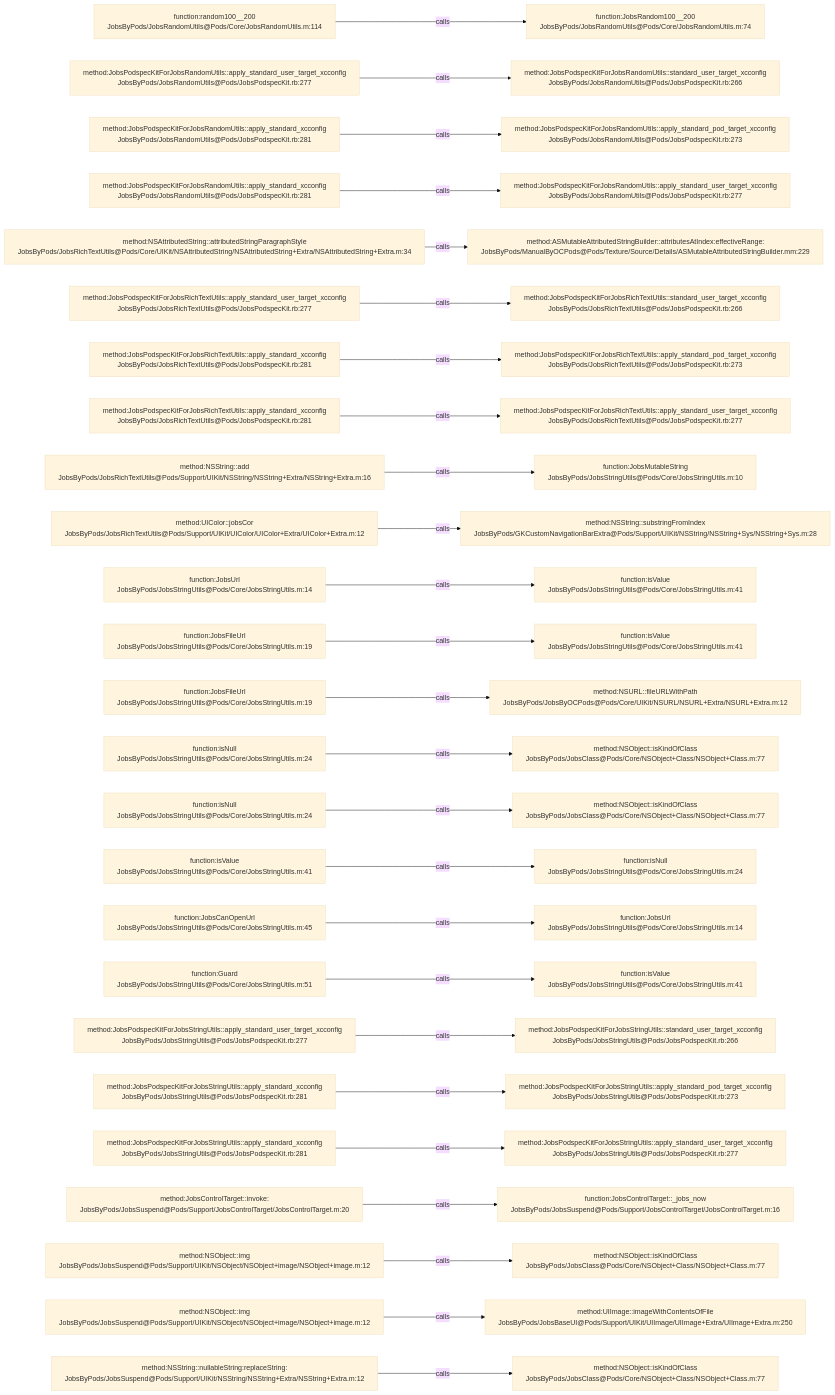
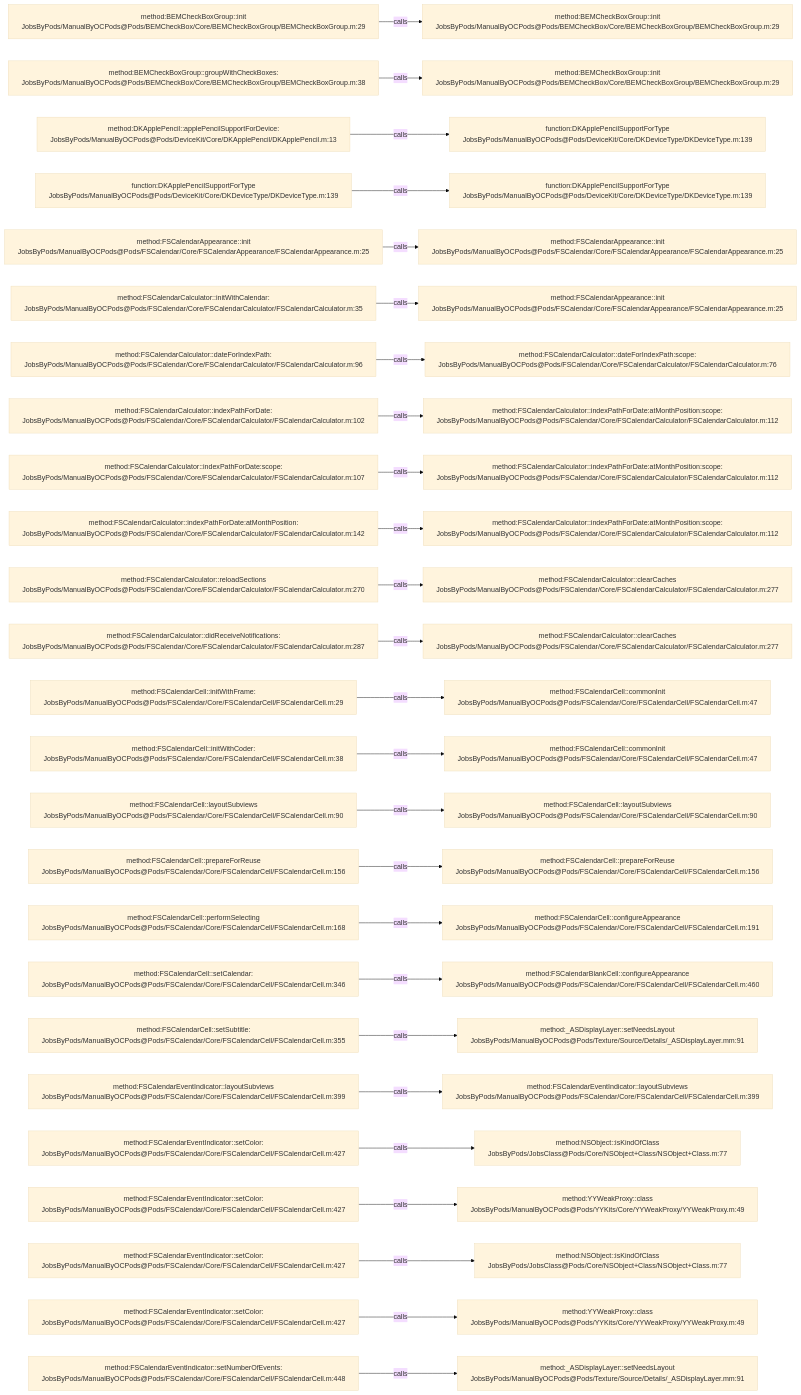
The diagram in .codegraph/codegraph.md/graphs/calls-015.md (JobsKits/JobsOCBaseConfigDemo), drawn with Mermaid (base theme) before and after one commit. The commit also changed 1353 other files, not shown here.

````diff
--- a/.codegraph/codegraph.md/graphs/calls-015.md
+++ b/.codegraph/codegraph.md/graphs/calls-015.md
@@ -13,78 +13,78 @@
 ```mermaid
 flowchart LR
-  S1["function:random100__200<br/>JobsByPods/JobsRandomUtils@Pods/Core/JobsRandomUtils.m:114"]
-  T1["function:JobsRandom100__200<br/>JobsByPods/JobsRandomUtils@Pods/Core/JobsRandomUtils.m:74"]
+  S1["method:BEMCheckBoxGroup::init<br/>JobsByPods/ManualByOCPods@Pods/BEMCheckBox/Core/BEMCheckBoxGroup/BEMCheckBoxGroup.m:29"]
+  T1["method:BEMCheckBoxGroup::init<br/>JobsByPods/ManualByOCPods@Pods/BEMCheckBox/Core/BEMCheckBoxGroup/BEMCheckBoxGroup.m:29"]
   S1 -->|calls| T1
-  S2["method:JobsPodspecKitForJobsRandomUtils::apply_standard_user_target_xcconfig<br/>JobsByPods/JobsRandomUtils@Pods/JobsPodspecKit.rb:277"]
-  T2["method:JobsPodspecKitForJobsRandomUtils::standard_user_target_xcconfig<br/>JobsByPods/JobsRandomUtils@Pods/JobsPodspecKit.rb:266"]
+  S2["method:BEMCheckBoxGroup::groupWithCheckBoxes:<br/>JobsByPods/ManualByOCPods@Pods/BEMCheckBox/Core/BEMCheckBoxGroup/BEMCheckBoxGroup.m:38"]
+  T2["method:BEMCheckBoxGroup::init<br/>JobsByPods/ManualByOCPods@Pods/BEMCheckBox/Core/BEMCheckBoxGroup/BEMCheckBoxGroup.m:29"]
   S2 -->|calls| T2
-  S3["method:JobsPodspecKitForJobsRandomUtils::apply_standard_xcconfig<br/>JobsByPods/JobsRandomUtils@Pods/JobsPodspecKit.rb:281"]
-  T3["method:JobsPodspecKitForJobsRandomUtils::apply_standard_pod_target_xcconfig<br/>JobsByPods/JobsRandomUtils@Pods/JobsPodspecKit.rb:273"]
+  S3["method:DKApplePencil::applePencilSupportForDevice:<br/>JobsByPods/ManualByOCPods@Pods/DeviceKit/Core/DKApplePencil/DKApplePencil.m:13"]
+  T3["function:DKApplePencilSupportForType<br/>JobsByPods/ManualByOCPods@Pods/DeviceKit/Core/DKDeviceType/DKDeviceType.m:139"]
   S3 -->|calls| T3
-  S4["method:JobsPodspecKitForJobsRandomUtils::apply_standard_xcconfig<br/>JobsByPods/JobsRandomUtils@Pods/JobsPodspecKit.rb:281"]
-  T4["method:JobsPodspecKitForJobsRandomUtils::apply_standard_user_target_xcconfig<br/>JobsByPods/JobsRandomUtils@Pods/JobsPodspecKit.rb:277"]
+  S4["function:DKApplePencilSupportForType<br/>JobsByPods/ManualByOCPods@Pods/DeviceKit/Core/DKDeviceType/DKDeviceType.m:139"]
+  T4["function:DKApplePencilSupportForType<br/>JobsByPods/ManualByOCPods@Pods/DeviceKit/Core/DKDeviceType/DKDeviceType.m:139"]
   S4 -->|calls| T4
-  S5["method:NSAttributedString::attributedStringParagraphStyle<br/>JobsByPods/JobsRichTextUtils@Pods/Core/UIKit/NSAttributedString/NSAttributedString+Extra/NSAttributedString+Extra.m:34"]
-  T5["method:ASMutableAttributedStringBuilder::attributesAtIndex:effectiveRange:<br/>JobsByPods/ManualByOCPods@Pods/Texture/Source/Details/ASMutableAttributedStringBuilder.mm:229"]
+  S5["method:FSCalendarAppearance::init<br/>JobsByPods/ManualByOCPods@Pods/FSCalendar/Core/FSCalendarAppearance/FSCalendarAppearance.m:25"]
+  T5["method:FSCalendarAppearance::init<br/>JobsByPods/ManualByOCPods@Pods/FSCalendar/Core/FSCalendarAppearance/FSCalendarAppearance.m:25"]
   S5 -->|calls| T5
-  S6["method:JobsPodspecKitForJobsRichTextUtils::apply_standard_user_target_xcconfig<br/>JobsByPods/JobsRichTextUtils@Pods/JobsPodspecKit.rb:277"]
-  T6["method:JobsPodspecKitForJobsRichTextUtils::standard_user_target_xcconfig<br/>JobsByPods/JobsRichTextUtils@Pods/JobsPodspecKit.rb:266"]
+  S6["method:FSCalendarCalculator::initWithCalendar:<br/>JobsByPods/ManualByOCPods@Pods/FSCalendar/Core/FSCalendarCalculator/FSCalendarCalculator.m:35"]
+  T6["method:FSCalendarAppearance::init<br/>JobsByPods/ManualByOCPods@Pods/FSCalendar/Core/FSCalendarAppearance/FSCalendarAppearance.m:25"]
   S6 -->|calls| T6
-  S7["method:JobsPodspecKitForJobsRichTextUtils::apply_standard_xcconfig<br/>JobsByPods/JobsRichTextUtils@Pods/JobsPodspecKit.rb:281"]
-  T7["method:JobsPodspecKitForJobsRichTextUtils::apply_standard_pod_target_xcconfig<br/>JobsByPods/JobsRichTextUtils@Pods/JobsPodspecKit.rb:273"]
+  S7["method:FSCalendarCalculator::dateForIndexPath:<br/>JobsByPods/ManualByOCPods@Pods/FSCalendar/Core/FSCalendarCalculator/FSCalendarCalculator.m:96"]
+  T7["method:FSCalendarCalculator::dateForIndexPath:scope:<br/>JobsByPods/ManualByOCPods@Pods/FSCalendar/Core/FSCalendarCalculator/FSCalendarCalculator.m:76"]
   S7 -->|calls| T7
-  S8["method:JobsPodspecKitForJobsRichTextUtils::apply_standard_xcconfig<br/>JobsByPods/JobsRichTextUtils@Pods/JobsPodspecKit.rb:281"]
-  T8["method:JobsPodspecKitForJobsRichTextUtils::apply_standard_user_target_xcconfig<br/>JobsByPods/JobsRichTextUtils@Pods/JobsPodspecKit.rb:277"]
+  S8["method:FSCalendarCalculator::indexPathForDate:<br/>JobsByPods/ManualByOCPods@Pods/FSCalendar/Core/FSCalendarCalculator/FSCalendarCalculator.m:102"]
+  T8["method:FSCalendarCalculator::indexPathForDate:atMonthPosition:scope:<br/>JobsByPods/ManualByOCPods@Pods/FSCalendar/Core/FSCalendarCalculator/FSCalendarCalculator.m:112"]
   S8 -->|calls| T8
-  S9["method:NSString::add<br/>JobsByPods/JobsRichTextUtils@Pods/Support/UIKit/NSString/NSString+Extra/NSString+Extra.m:16"]
-  T9["function:JobsMutableString<br/>JobsByPods/JobsStringUtils@Pods/Core/JobsStringUtils.m:10"]
+  S9["method:FSCalendarCalculator::indexPathForDate:scope:<br/>JobsByPods/ManualByOCPods@Pods/FSCalendar/Core/FSCalendarCalculator/FSCalendarCalculator.m:107"]
+  T9["method:FSCalendarCalculator::indexPathForDate:atMonthPosition:scope:<br/>JobsByPods/ManualByOCPods@Pods/FSCalendar/Core/FSCalendarCalculator/FSCalendarCalculator.m:112"]
   S9 -->|calls| T9
-  S10["method:UIColor::jobsCor<br/>JobsByPods/JobsRichTextUtils@Pods/Support/UIKit/UIColor/UIColor+Extra/UIColor+Extra.m:12"]
-  T10["method:NSString::substringFromIndex<br/>JobsByPods/GKCustomNavigationBarExtra@Pods/Support/UIKit/NSString/NSString+Sys/NSString+Sys.m:28"]
+  S10["method:FSCalendarCalculator::indexPathForDate:atMonthPosition:<br/>JobsByPods/ManualByOCPods@Pods/FSCalendar/Core/FSCalendarCalculator/FSCalendarCalculator.m:142"]
+  T10["method:FSCalendarCalculator::indexPathForDate:atMonthPosition:scope:<br/>JobsByPods/ManualByOCPods@Pods/FSCalendar/Core/FSCalendarCalculator/FSCalendarCalculator.m:112"]
   S10 -->|calls| T10
-  S11["function:JobsUrl<br/>JobsByPods/JobsStringUtils@Pods/Core/JobsStringUtils.m:14"]
-  T11["function:isValue<br/>JobsByPods/JobsStringUtils@Pods/Core/JobsStringUtils.m:41"]
+  S11["method:FSCalendarCalculator::reloadSections<br/>JobsByPods/ManualByOCPods@Pods/FSCalendar/Core/FSCalendarCalculator/FSCalendarCalculator.m:270"]
+  T11["method:FSCalendarCalculator::clearCaches<br/>JobsByPods/ManualByOCPods@Pods/FSCalendar/Core/FSCalendarCalculator/FSCalendarCalculator.m:277"]
   S11 -->|calls| T11
-  S12["function:JobsFileUrl<br/>JobsByPods/JobsStringUtils@Pods/Core/JobsStringUtils.m:19"]
-  T12["function:isValue<br/>JobsByPods/JobsStringUtils@Pods/Core/JobsStringUtils.m:41"]
+  S12["method:FSCalendarCalculator::didReceiveNotifications:<br/>JobsByPods/ManualByOCPods@Pods/FSCalendar/Core/FSCalendarCalculator/FSCalendarCalculator.m:287"]
+  T12["method:FSCalendarCalculator::clearCaches<br/>JobsByPods/ManualByOCPods@Pods/FSCalendar/Core/FSCalendarCalculator/FSCalendarCalculator.m:277"]
   S12 -->|calls| T12
-  S13["function:JobsFileUrl<br/>JobsByPods/JobsStringUtils@Pods/Core/JobsStringUtils.m:19"]
-  T13["method:NSURL::fileURLWithPath<br/>JobsByPods/JobsByOCPods@Pods/Core/UIKit/NSURL/NSURL+Extra/NSURL+Extra.m:12"]
+  S13["method:FSCalendarCell::initWithFrame:<br/>JobsByPods/ManualByOCPods@Pods/FSCalendar/Core/FSCalendarCell/FSCalendarCell.m:29"]
+  T13["method:FSCalendarCell::commonInit<br/>JobsByPods/ManualByOCPods@Pods/FSCalendar/Core/FSCalendarCell/FSCalendarCell.m:47"]
   S13 -->|calls| T13
-  S14["function:isNull<br/>JobsByPods/JobsStringUtils@Pods/Core/JobsStringUtils.m:24"]
-  T14["method:NSObject::isKindOfClass<br/>JobsByPods/JobsClass@Pods/Core/NSObject+Class/NSObject+Class.m:77"]
+  S14["method:FSCalendarCell::initWithCoder:<br/>JobsByPods/ManualByOCPods@Pods/FSCalendar/Core/FSCalendarCell/FSCalendarCell.m:38"]
+  T14["method:FSCalendarCell::commonInit<br/>JobsByPods/ManualByOCPods@Pods/FSCalendar/Core/FSCalendarCell/FSCalendarCell.m:47"]
   S14 -->|calls| T14
-  S15["function:isNull<br/>JobsByPods/JobsStringUtils@Pods/Core/JobsStringUtils.m:24"]
-  T15["method:NSObject::isKindOfClass<br/>JobsByPods/JobsClass@Pods/Core/NSObject+Class/NSObject+Class.m:77"]
+  S15["method:FSCalendarCell::layoutSubviews<br/>JobsByPods/ManualByOCPods@Pods/FSCalendar/Core/FSCalendarCell/FSCalendarCell.m:90"]
+  T15["method:FSCalendarCell::layoutSubviews<br/>JobsByPods/ManualByOCPods@Pods/FSCalendar/Core/FSCalendarCell/FSCalendarCell.m:90"]
   S15 -->|calls| T15
-  S16["function:isValue<br/>JobsByPods/JobsStringUtils@Pods/Core/JobsStringUtils.m:41"]
-  T16["function:isNull<br/>JobsByPods/JobsStringUtils@Pods/Core/JobsStringUtils.m:24"]
+  S16["method:FSCalendarCell::prepareForReuse<br/>JobsByPods/ManualByOCPods@Pods/FSCalendar/Core/FSCalendarCell/FSCalendarCell.m:156"]
+  T16["method:FSCalendarCell::prepareForReuse<br/>JobsByPods/ManualByOCPods@Pods/FSCalendar/Core/FSCalendarCell/FSCalendarCell.m:156"]
   S16 -->|calls| T16
-  S17["function:JobsCanOpenUrl<br/>JobsByPods/JobsStringUtils@Pods/Core/JobsStringUtils.m:45"]
-  T17["function:JobsUrl<br/>JobsByPods/JobsStringUtils@Pods/Core/JobsStringUtils.m:14"]
+  S17["method:FSCalendarCell::performSelecting<br/>JobsByPods/ManualByOCPods@Pods/FSCalendar/Core/FSCalendarCell/FSCalendarCell.m:168"]
+  T17["method:FSCalendarCell::configureAppearance<br/>JobsByPods/ManualByOCPods@Pods/FSCalendar/Core/FSCalendarCell/FSCalendarCell.m:191"]
   S17 -->|calls| T17
-  S18["function:Guard<br/>JobsByPods/JobsStringUtils@Pods/Core/JobsStringUtils.m:51"]
-  T18["function:isValue<br/>JobsByPods/JobsStringUtils@Pods/Core/JobsStringUtils.m:41"]
+  S18["method:FSCalendarCell::setCalendar:<br/>JobsByPods/ManualByOCPods@Pods/FSCalendar/Core/FSCalendarCell/FSCalendarCell.m:346"]
+  T18["method:FSCalendarBlankCell::configureAppearance<br/>JobsByPods/ManualByOCPods@Pods/FSCalendar/Core/FSCalendarCell/FSCalendarCell.m:460"]
   S18 -->|calls| T18
-  S19["method:JobsPodspecKitForJobsStringUtils::apply_standard_user_target_xcconfig<br/>JobsByPods/JobsStringUtils@Pods/JobsPodspecKit.rb:277"]
-  T19["method:JobsPodspecKitForJobsStringUtils::standard_user_target_xcconfig<br/>JobsByPods/JobsStringUtils@Pods/JobsPodspecKit.rb:266"]
+  S19["method:FSCalendarCell::setSubtitle:<br/>JobsByPods/ManualByOCPods@Pods/FSCalendar/Core/FSCalendarCell/FSCalendarCell.m:355"]
+  T19["method:_ASDisplayLayer::setNeedsLayout<br/>JobsByPods/ManualByOCPods@Pods/Texture/Source/Details/_ASDisplayLayer.mm:91"]
   S19 -->|calls| T19
-  S20["method:JobsPodspecKitForJobsStringUtils::apply_standard_xcconfig<br/>JobsByPods/JobsStringUtils@Pods/JobsPodspecKit.rb:281"]
-  T20["method:JobsPodspecKitForJobsStringUtils::apply_standard_pod_target_xcconfig<br/>JobsByPods/JobsStringUtils@Pods/JobsPodspecKit.rb:273"]
+  S20["method:FSCalendarEventIndicator::layoutSubviews<br/>JobsByPods/ManualByOCPods@Pods/FSCalendar/Core/FSCalendarCell/FSCalendarCell.m:399"]
+  T20["method:FSCalendarEventIndicator::layoutSubviews<br/>JobsByPods/ManualByOCPods@Pods/FSCalendar/Core/FSCalendarCell/FSCalendarCell.m:399"]
   S20 -->|calls| T20
-  S21["method:JobsPodspecKitForJobsStringUtils::apply_standard_xcconfig<br/>JobsByPods/JobsStringUtils@Pods/JobsPodspecKit.rb:281"]
-  T21["method:JobsPodspecKitForJobsStringUtils::apply_standard_user_target_xcconfig<br/>JobsByPods/JobsStringUtils@Pods/JobsPodspecKit.rb:277"]
+  S21["method:FSCalendarEventIndicator::setColor:<br/>JobsByPods/ManualByOCPods@Pods/FSCalendar/Core/FSCalendarCell/FSCalendarCell.m:427"]
+  T21["method:NSObject::isKindOfClass<br/>JobsByPods/JobsClass@Pods/Core/NSObject+Class/NSObject+Class.m:77"]
   S21 -->|calls| T21
-  S22["method:JobsControlTarget::invoke:<br/>JobsByPods/JobsSuspend@Pods/Support/JobsControlTarget/JobsControlTarget.m:20"]
-  T22["function:JobsControlTarget::_jobs_now<br/>JobsByPods/JobsSuspend@Pods/Support/JobsControlTarget/JobsControlTarget.m:16"]
+  S22["method:FSCalendarEventIndicator::setColor:<br/>JobsByPods/ManualByOCPods@Pods/FSCalendar/Core/FSCalendarCell/FSCalendarCell.m:427"]
+  T22["method:YYWeakProxy::class<br/>JobsByPods/ManualByOCPods@Pods/YYKits/Core/YYWeakProxy/YYWeakProxy.m:49"]
   S22 -->|calls| T22
-  S23["method:NSObject::img<br/>JobsByPods/JobsSuspend@Pods/Support/UIKit/NSObject/NSObject+image/NSObject+image.m:12"]
+  S23["method:FSCalendarEventIndicator::setColor:<br/>JobsByPods/ManualByOCPods@Pods/FSCalendar/Core/FSCalendarCell/FSCalendarCell.m:427"]
   T23["method:NSObject::isKindOfClass<br/>JobsByPods/JobsClass@Pods/Core/NSObject+Class/NSObject+Class.m:77"]
   S23 -->|calls| T23
-  S24["method:NSObject::img<br/>JobsByPods/JobsSuspend@Pods/Support/UIKit/NSObject/NSObject+image/NSObject+image.m:12"]
-  T24["method:UIImage::imageWithContentsOfFile<br/>JobsByPods/JobsBaseUI@Pods/Support/UIKit/UIImage/UIImage+Extra/UIImage+Extra.m:250"]
+  S24["method:FSCalendarEventIndicator::setColor:<br/>JobsByPods/ManualByOCPods@Pods/FSCalendar/Core/FSCalendarCell/FSCalendarCell.m:427"]
+  T24["method:YYWeakProxy::class<br/>JobsByPods/ManualByOCPods@Pods/YYKits/Core/YYWeakProxy/YYWeakProxy.m:49"]
   S24 -->|calls| T24
-  S25["method:NSString::nullableString:replaceString:<br/>JobsByPods/JobsSuspend@Pods/Support/UIKit/NSString/NSString+Extra/NSString+Extra.m:12"]
-  T25["method:NSObject::isKindOfClass<br/>JobsByPods/JobsClass@Pods/Core/NSObject+Class/NSObject+Class.m:77"]
+  S25["method:FSCalendarEventIndicator::setNumberOfEvents:<br/>JobsByPods/ManualByOCPods@Pods/FSCalendar/Core/FSCalendarCell/FSCalendarCell.m:448"]
+  T25["method:_ASDisplayLayer::setNeedsLayout<br/>JobsByPods/ManualByOCPods@Pods/Texture/Source/Details/_ASDisplayLayer.mm:91"]
   S25 -->|calls| T25
 ```
````
